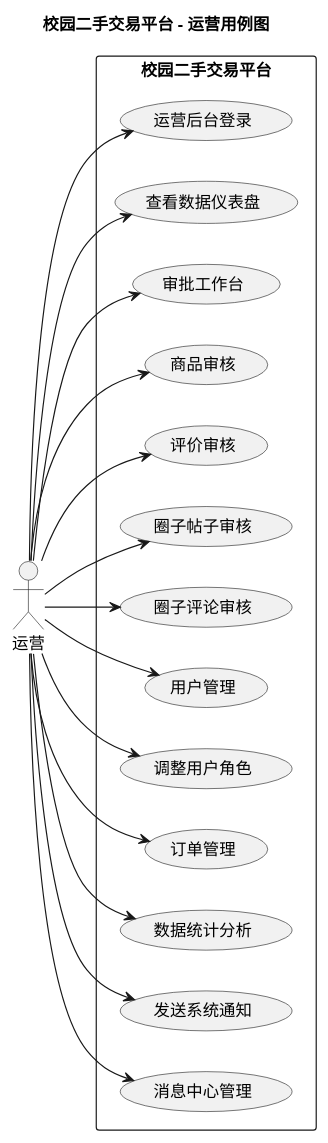
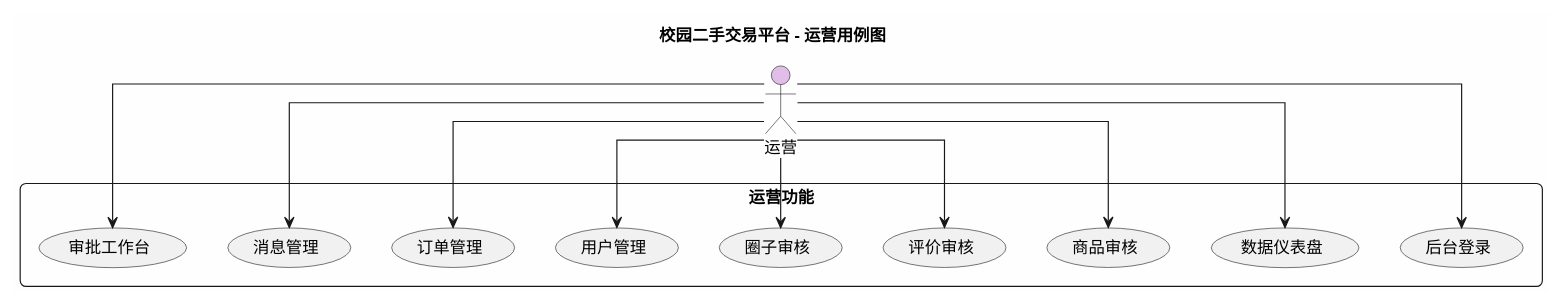
One commit to RYELOBE/hmapp01 changed the diagram in docs/usecase-operator.puml. Above: the diagram before and after it, drawn with PlantUML. The commit also changed 2 other files, not shown here.

```diff
--- a/docs/usecase-operator.puml
+++ b/docs/usecase-operator.puml
@@ -1,41 +1,33 @@
 @startuml
-left to right direction
+skinparam backgroundColor #FEFEFE
+skinparam shadowing false
+skinparam roundcorner 10
+skinparam linetype ortho
 
-' 运营用例图
 title 校园二手交易平台 - 运营用例图
 
-actor "运营" as operator
+actor "运营" as operator #E1BEE7
 
-rectangle "校园二手交易平台" {
-  
-  usecase "运营后台登录" as UC1
-  usecase "查看数据仪表盘" as UC2
-  usecase "审批工作台" as UC3
-  usecase "商品审核" as UC4
-  usecase "评价审核" as UC5
-  usecase "圈子帖子审核" as UC6
-  usecase "圈子评论审核" as UC7
-  usecase "用户管理" as UC8
-  usecase "调整用户角色" as UC9
-  usecase "订单管理" as UC10
-  usecase "数据统计分析" as UC11
-  usecase "发送系统通知" as UC12
-  usecase "消息中心管理" as UC13
-  
+rectangle "运营功能" {
+    usecase "后台登录" as UC1
+    usecase "数据仪表盘" as UC2
+    usecase "商品审核" as UC3
+    usecase "评价审核" as UC4
+    usecase "圈子审核" as UC5
+    usecase "用户管理" as UC6
+    usecase "订单管理" as UC7
+    usecase "消息管理" as UC8
+    usecase "审批工作台" as UC9
 }
 
 operator --> UC1
 operator --> UC2
 operator --> UC3
 operator --> UC4
 operator --> UC5
 operator --> UC6
 operator --> UC7
 operator --> UC8
 operator --> UC9
-operator --> UC10
-operator --> UC11
-operator --> UC12
-operator --> UC13
 
 @enduml
```
